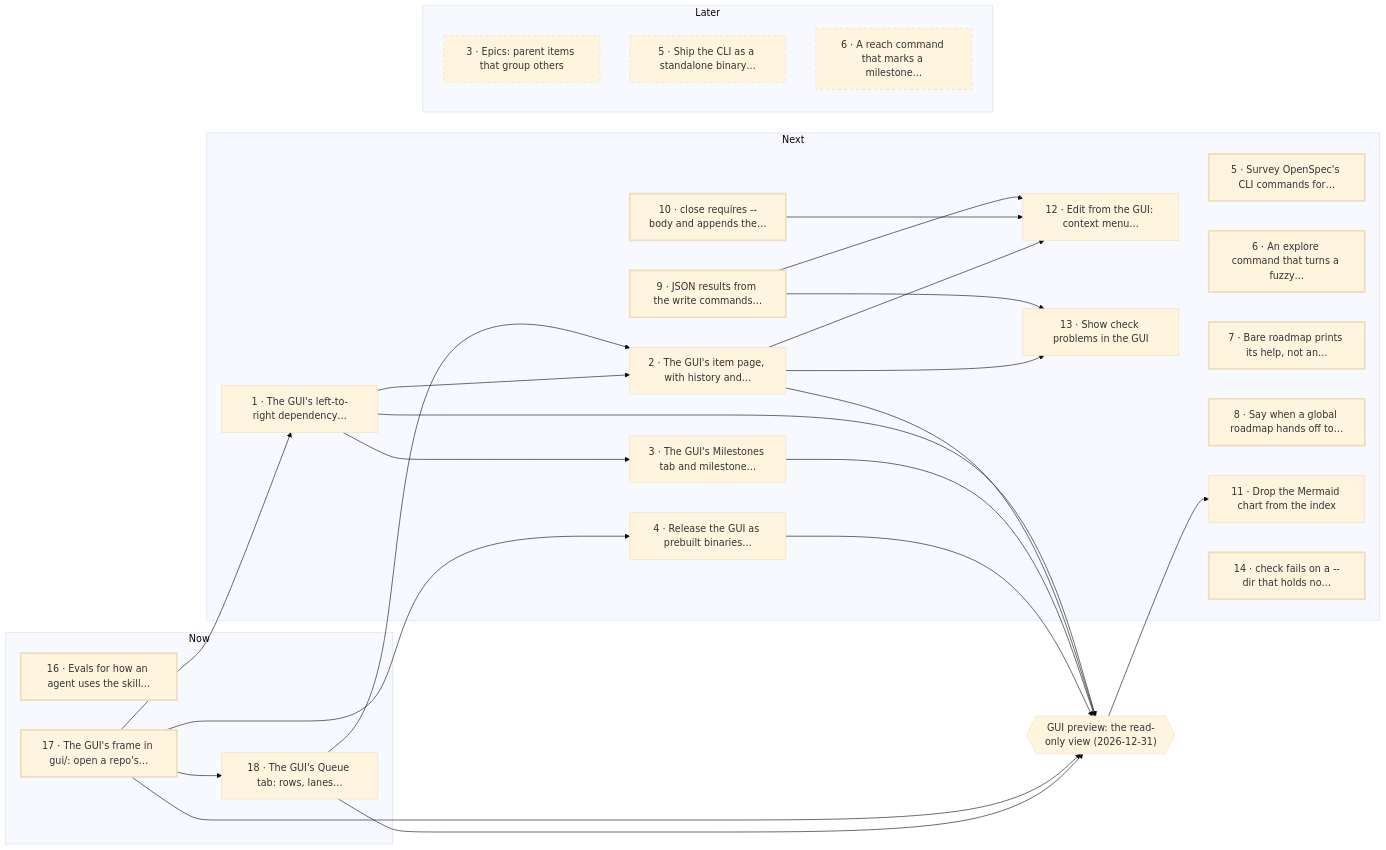
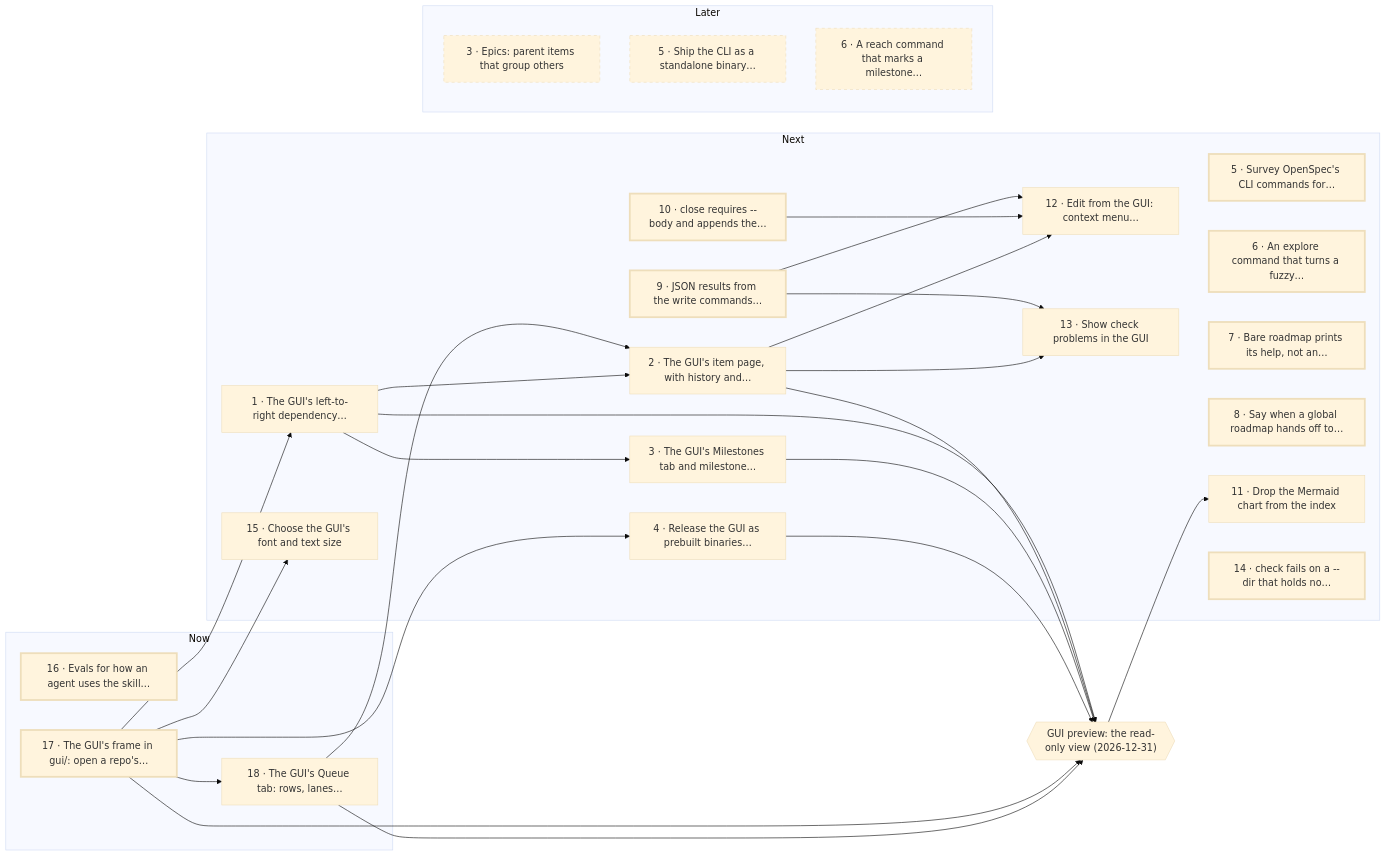
Before and after one commit to carby/simple-agentic-roadmap-skill: the diagram in roadmap/README.md, drawn with Mermaid (base theme). The commit also changed other lines of this file and 1 other file, not shown here.

Commit message:
docs(roadmap): file gui-font

````diff
--- a/roadmap/README.md
+++ b/roadmap/README.md
@@ -42,53 +42,55 @@
 ```mermaid
 flowchart LR
   subgraph b_now ["Now"]
     i_agent_behaviour_evals["16 · Evals for how an agent uses the skill…"]
     i_gui_scaffold["17 · The GUI's frame in gui/: open a repo's…"]
     i_gui_queue["18 · The GUI's Queue tab: rows, lanes…"]
   end
   subgraph b_next ["Next"]
     i_gui_dependency_graph["1 · The GUI's left-to-right dependency…"]
     i_gui_item_page["2 · The GUI's item page, with history and…"]
     i_gui_milestones["3 · The GUI's Milestones tab and milestone…"]
     i_gui_release["4 · Release the GUI as prebuilt binaries…"]
     i_openspec_command_parity["5 · Survey OpenSpec's CLI commands for…"]
     i_explore_command["6 · An explore command that turns a fuzzy…"]
     i_help_without_command["7 · Bare roadmap prints its help, not an…"]
     i_handoff_override["8 · Say when a global roadmap hands off to…"]
     i_json_write_results["9 · JSON results from the write commands…"]
     i_close_body["10 · close requires --body and appends the…"]
     i_drop_mermaid["11 · Drop the Mermaid chart from the index"]
     i_gui_editing["12 · Edit from the GUI: context menu…"]
     i_gui_check_panel["13 · Show check problems in the GUI"]
     i_check_missing_dir["14 · check fails on a --dir that holds no…"]
+    i_gui_font["15 · Choose the GUI's font and text size"]
   end
   subgraph b_later ["Later"]
     i_epics["3 · Epics: parent items that group others"]
     i_standalone_binary["5 · Ship the CLI as a standalone binary…"]
     i_reach_command["6 · A reach command that marks a milestone…"]
   end
   b_now ~~~ b_next ~~~ b_later
   i_gui_scaffold --> i_gui_queue
   i_gui_scaffold --> i_gui_dependency_graph
   i_gui_queue --> i_gui_item_page
   i_gui_dependency_graph --> i_gui_item_page
   i_gui_dependency_graph --> i_gui_milestones
   i_gui_scaffold --> i_gui_release
   i_json_write_results --> i_gui_editing
   i_close_body --> i_gui_editing
   i_gui_item_page --> i_gui_editing
   i_json_write_results --> i_gui_check_panel
   i_gui_item_page --> i_gui_check_panel
+  i_gui_scaffold --> i_gui_font
   m_gui_preview{{"GUI preview: the read-only view (2026-12-31)"}}
   i_gui_scaffold --> m_gui_preview
   i_gui_queue --> m_gui_preview
   i_gui_dependency_graph --> m_gui_preview
   i_gui_item_page --> m_gui_preview
   i_gui_milestones --> m_gui_preview
   i_gui_release --> m_gui_preview
   m_gui_preview --> i_drop_mermaid
   classDef ready stroke-width: 3px
   class i_agent_behaviour_evals,i_gui_scaffold,i_openspec_command_parity,i_explore_command,i_help_without_command,i_handoff_override,i_json_write_results,i_close_body,i_check_missing_dir ready
   classDef later stroke-dasharray: 5 5
   class i_epics,i_standalone_binary,i_reach_command later
 ```
````
